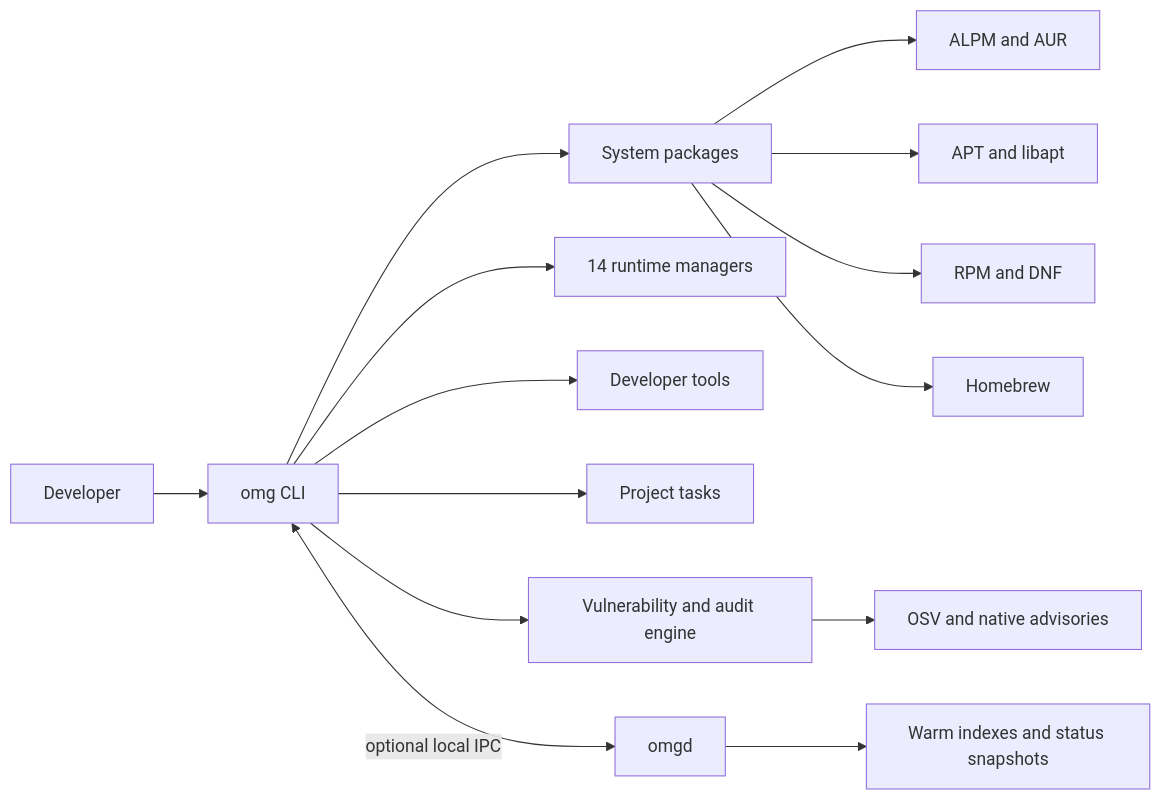
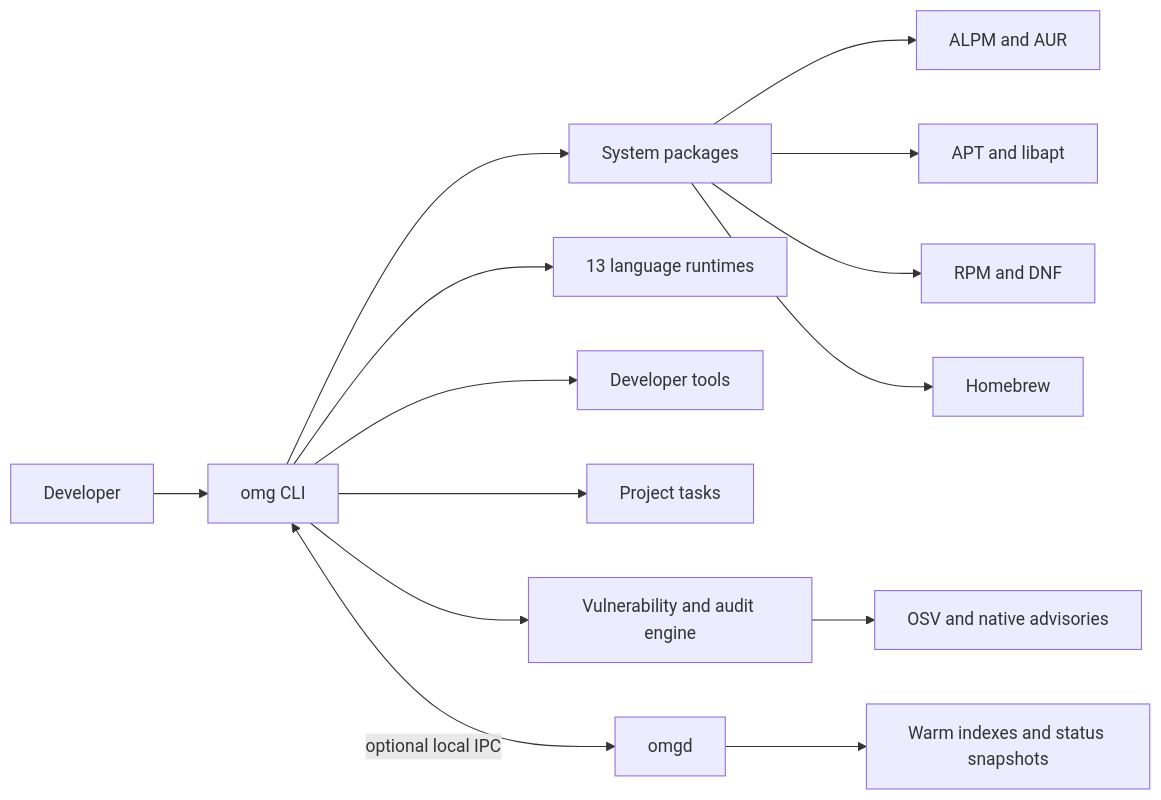
Before and after one commit to omg-cli/omg: the diagram in README.md, drawn with Mermaid. The commit also changed other lines of this file and 28 other files, not shown here.

````diff
--- a/README.md
+++ b/README.md
@@ -86,18 +87,18 @@
 ```mermaid
 flowchart LR
     User[Developer] --> CLI[omg CLI]
     CLI --> Packages[System packages]
-    CLI --> Runtimes[14 runtime managers]
+    CLI --> Runtimes[13 language runtimes]
     CLI --> Tools[Developer tools]
     CLI --> Tasks[Project tasks]
     CLI --> Security[Vulnerability and audit engine]
 
     Packages --> ALPM[ALPM and AUR]
     Packages --> APT[APT and libapt]
     Packages --> DNF[RPM and DNF]
     Packages --> Brew[Homebrew]
     Security --> Advisories[OSV and native advisories]
 
     CLI <-->|optional local IPC| Daemon[omgd]
     Daemon --> Warm[Warm indexes and status snapshots]
 ```
````
